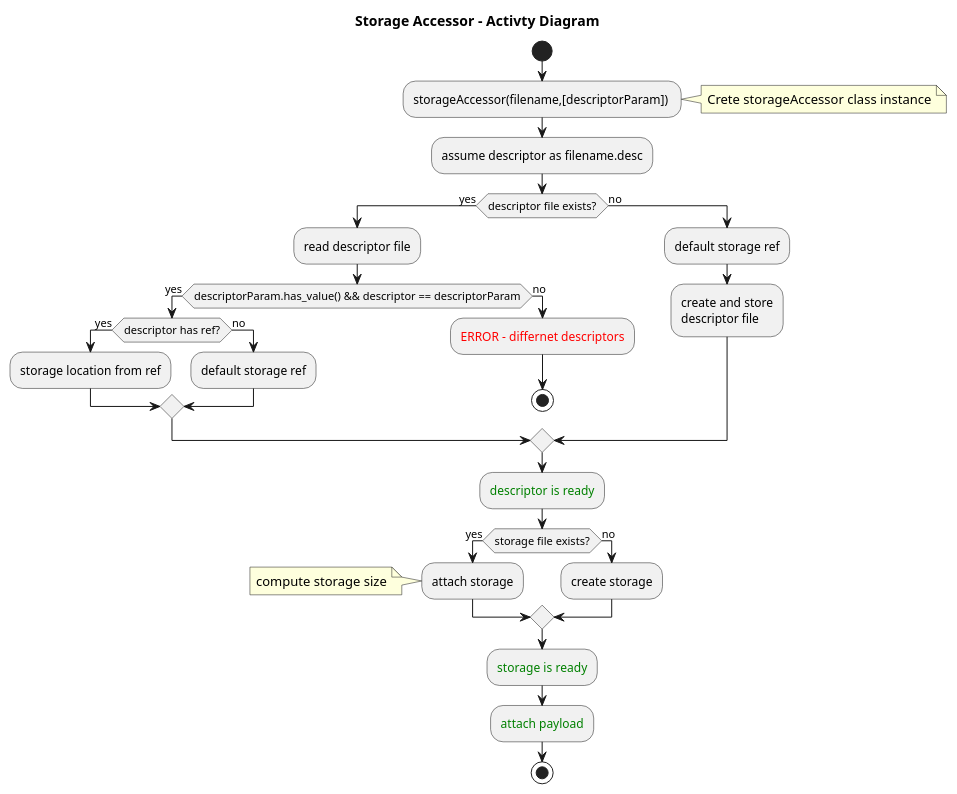
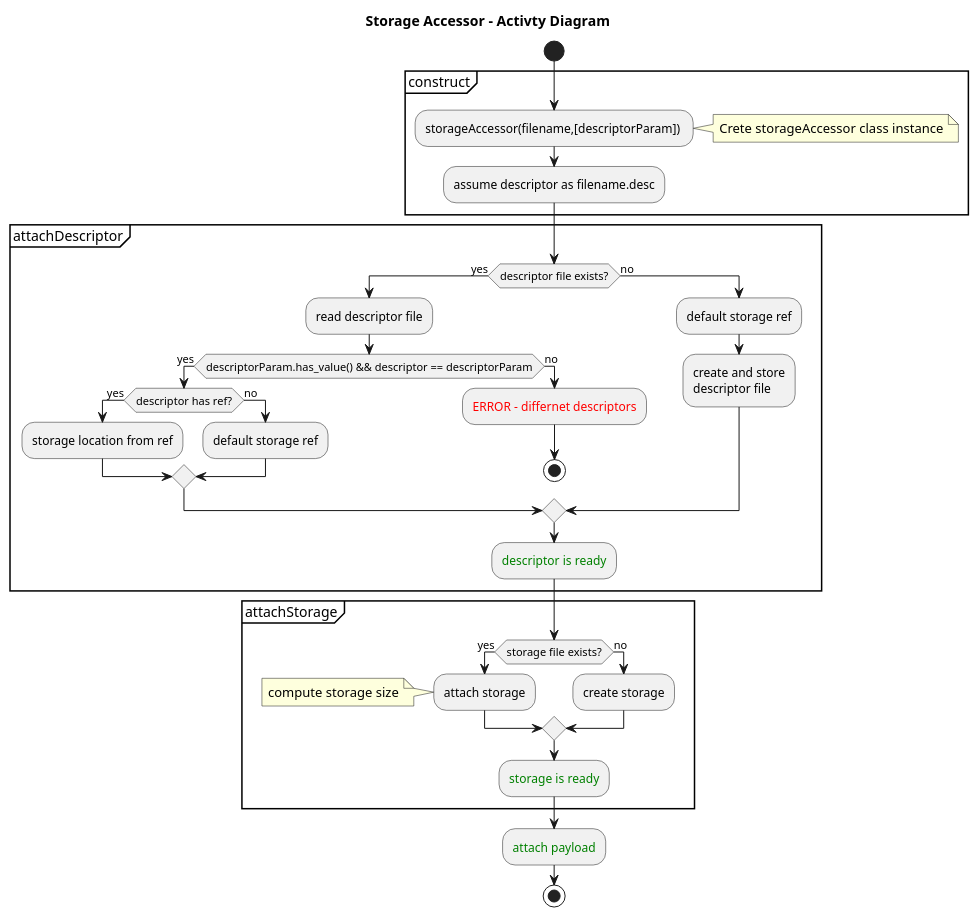
One commit to michalwidera/retractordb changed the diagram in src/rdb/UML/rdb-storageaccessor.puml. Above: the diagram before and after it, drawn with PlantUML.

Commit message:
groups in agl

```diff
--- a/src/rdb/UML/rdb-storageaccessor.puml
+++ b/src/rdb/UML/rdb-storageaccessor.puml
@@ -1,46 +1,52 @@
 @startuml
 
 title Storage Accessor - Activty Diagram
 
 
 start
 
+partition "construct" {
 :storageAccessor(filename,[descriptorParam]) ;
 note right: Crete storageAccessor class instance
 
 :assume descriptor as filename.desc;
+}
 
+partition "attachDescriptor" {
 if (descriptor file exists?) then (yes)
   :read descriptor file;
   if (descriptorParam.has_value() && descriptor == descriptorParam) then (yes)
     if (descriptor has ref?) then (yes)
       :storage location from ref;
     else (no)
       :default storage ref;
     endif
   else (no)
     :<color:red>ERROR - differnet descriptors;
     stop
   endif
 else (no)
   :default storage ref;
   :create and store
   descriptor file;
 endif
 
 :<color:green>descriptor is ready;
+}
 
+partition "attachStorage" {
 if (storage file exists?) then (yes)
   :attach storage;
   note left: compute storage size
 else (no)
   :create storage;
 endif
 
 :<color:green>storage is ready;
+}
 
 :<color:green>attach payload;
 
 stop
 
 @enduml
```
